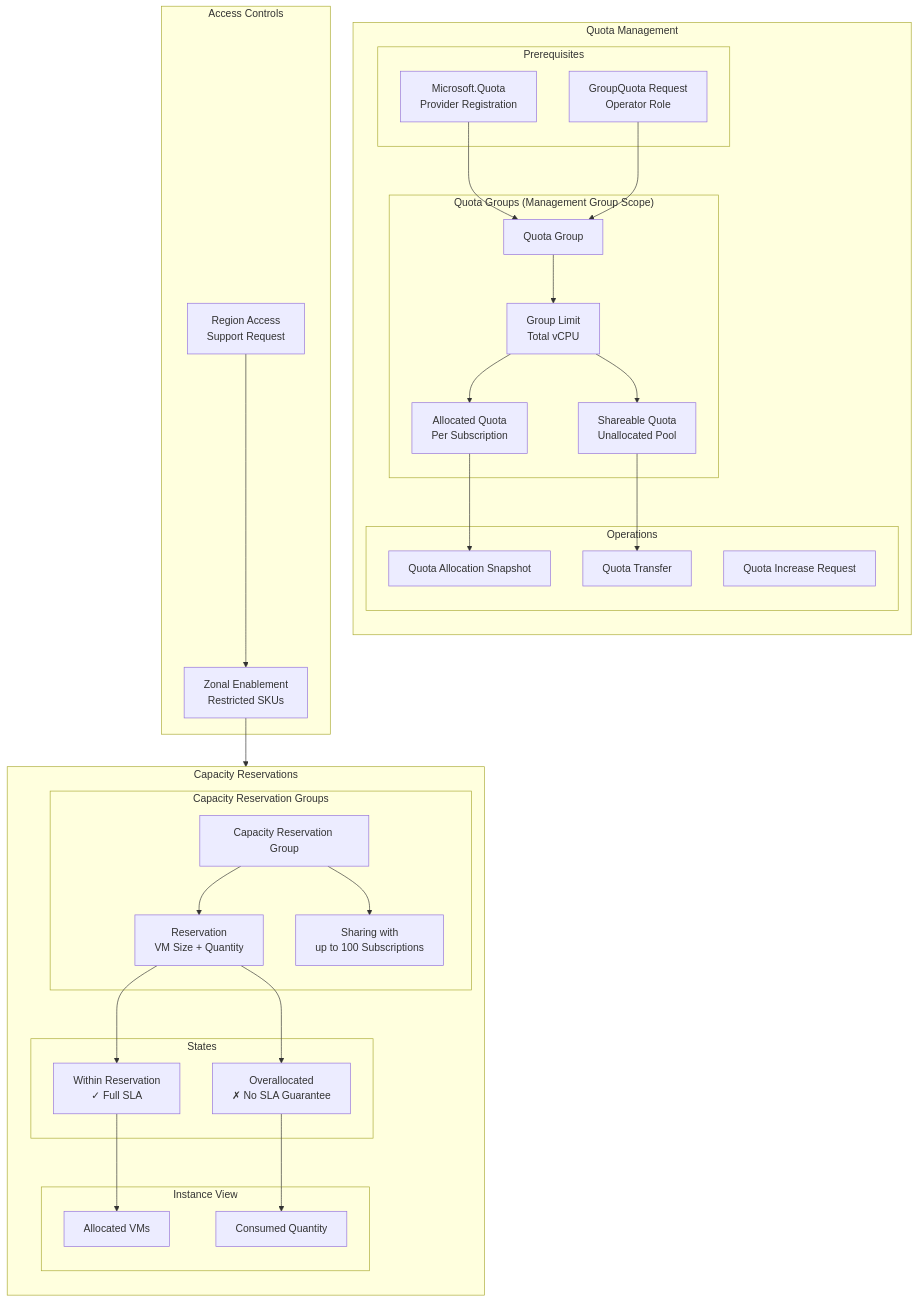
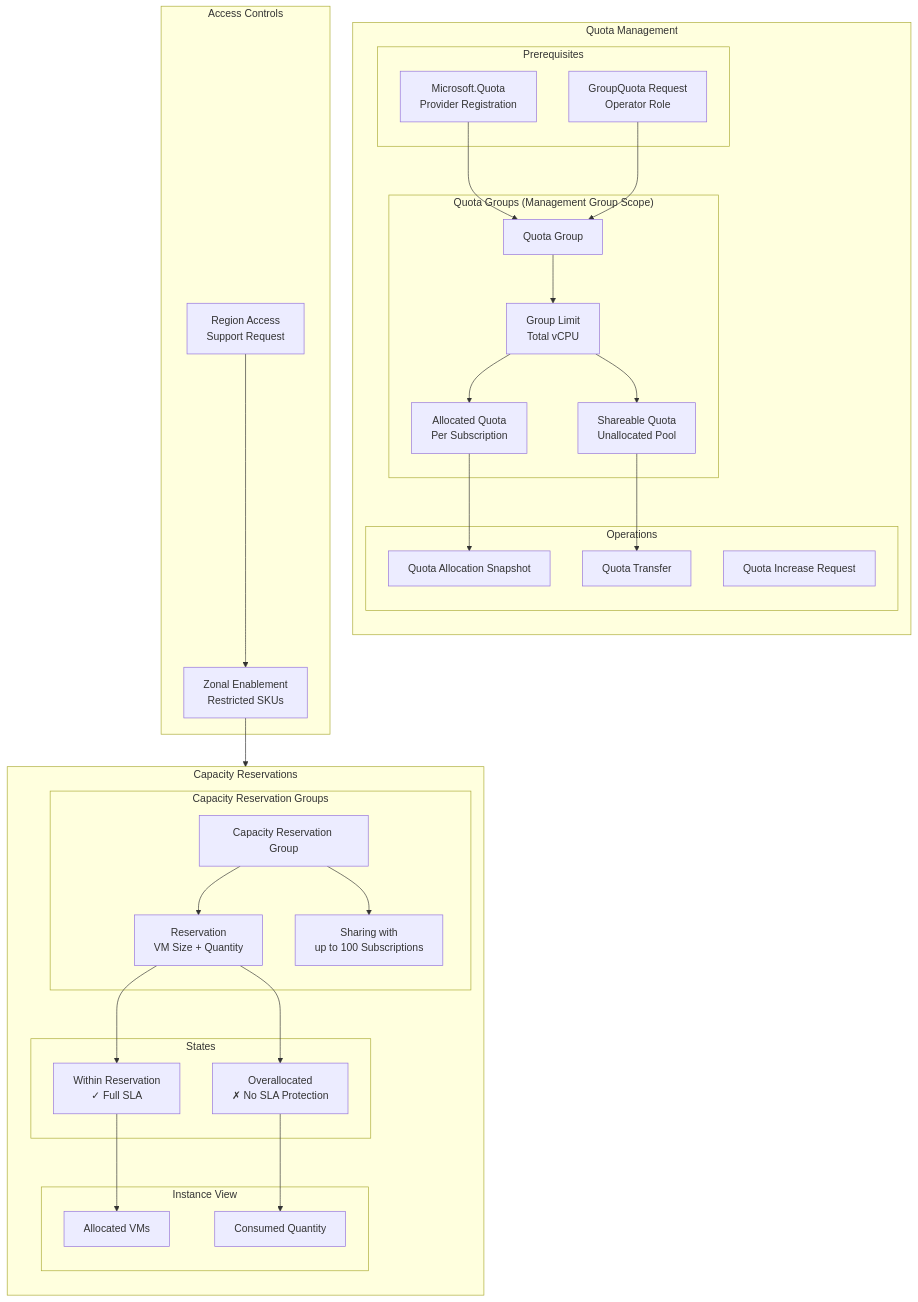
The third of 7 diagrams in training/Azure Capacity Governance - Master Concept Map.md (msbrettorg/azcapman), drawn with Mermaid before and after one commit. The commit also changed other lines of this file and 31 other files, not shown here.

````diff
--- a/training/Azure Capacity Governance - Master Concept Map.md
+++ b/training/Azure Capacity Governance - Master Concept Map.md
@@ -130,67 +130,67 @@
 ```mermaid
 flowchart TB
     subgraph "Quota Management"
         direction TB
         
         subgraph "Quota Groups (Management Group Scope)"
             qg[Quota Group]
             group_limit[Group Limit<br/>Total vCPU]
             allocated[Allocated Quota<br/>Per Subscription]
             shareable[Shareable Quota<br/>Unallocated Pool]
         end
         
         subgraph "Prerequisites"
             provider[Microsoft.Quota<br/>Provider Registration]
             role[GroupQuota Request<br/>Operator Role]
         end
         
         subgraph "Operations"
             snapshot[Quota Allocation Snapshot]
             transfer[Quota Transfer]
             increase[Quota Increase Request]
         end
     end
 
     subgraph "Capacity Reservations"
         direction TB
         
         subgraph "Capacity Reservation Groups"
             crg[Capacity Reservation Group]
             res[Reservation<br/>VM Size + Quantity]
             sharing[Sharing with<br/>up to 100 Subscriptions]
         end
         
         subgraph "States"
             within[Within Reservation<br/>✓ Full SLA]
-            over[Overallocated<br/>✗ No SLA Guarantee]
+            over[Overallocated<br/>✗ No SLA Protection]
         end
         
         subgraph "Instance View"
             allocated_vm[Allocated VMs]
             consumed[Consumed Quantity]
         end
     end
 
     subgraph "Access Controls"
         region[Region Access<br/>Support Request]
         zone[Zonal Enablement<br/>Restricted SKUs]
     end
 
     provider --> qg
     role --> qg
     qg --> group_limit
     group_limit --> allocated
     group_limit --> shareable
     allocated --> snapshot
     shareable --> transfer
 
     crg --> res
     crg --> sharing
     res --> within
     res --> over
     within --> allocated_vm
     over --> consumed
 
     region --> zone
     zone --> crg
 ```
````
